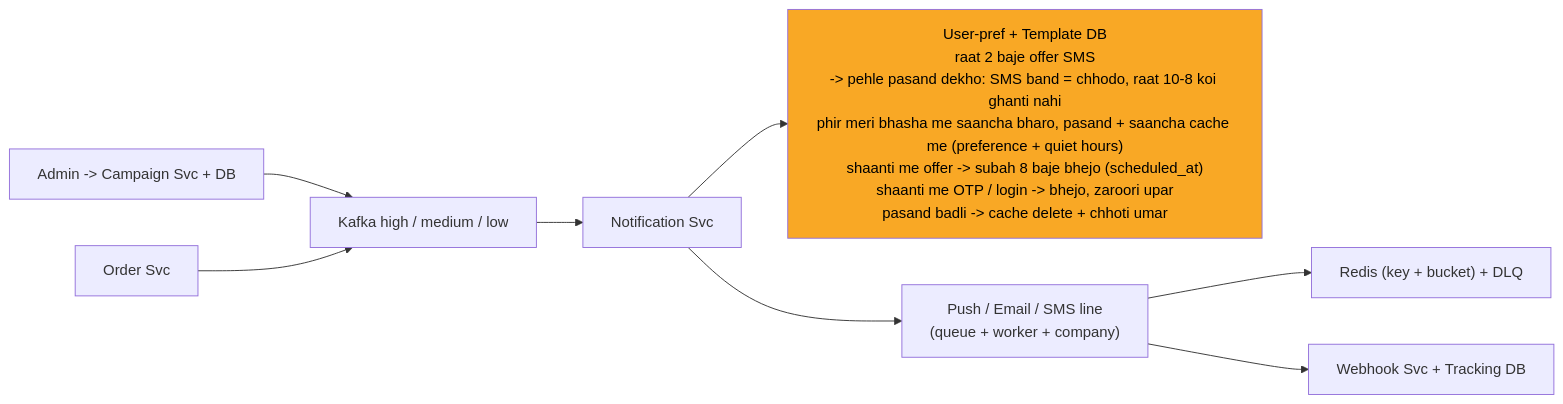
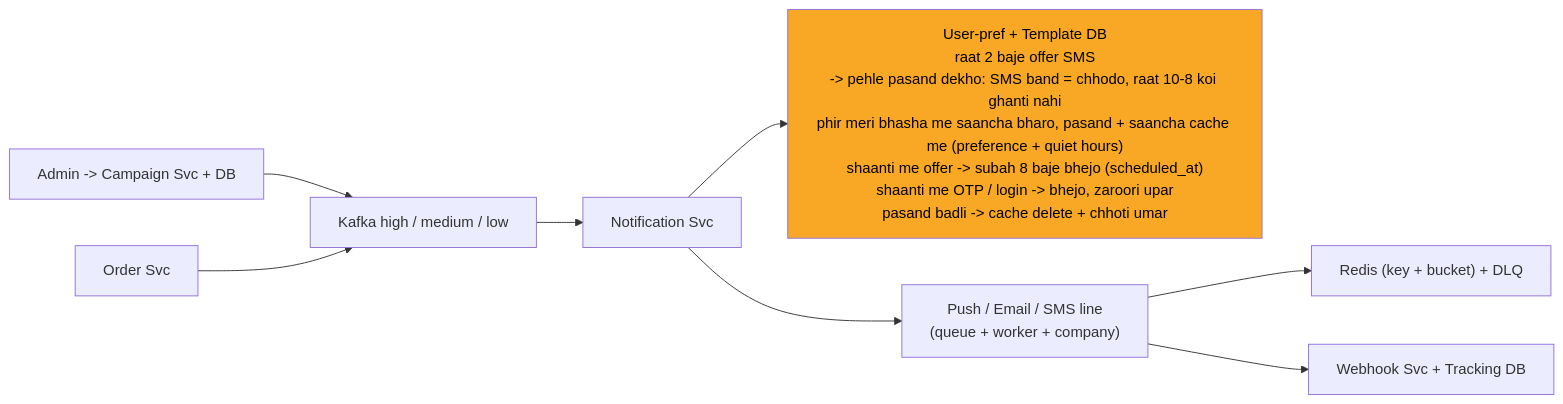
Before and after one commit to ArpanMaheshwari144/Prep: diagram 12 of 13 in 04_HLD/SYSTEM_DESIGNS/04_notification_system/04_notification_system.md, drawn with Mermaid. The commit also changed other lines of this file and 13 other files, not shown here.

Commit message:
hld 14 file: har diagram ke daayein andekha dabba, zoom button asli dabbe pe na aaye

````diff
--- a/04_HLD/SYSTEM_DESIGNS/04_notification_system/04_notification_system.md
+++ b/04_HLD/SYSTEM_DESIGNS/04_notification_system/04_notification_system.md
@@ -486,20 +519,23 @@
 ```mermaid
 %%{init: {"flowchart": {"wrappingWidth": 450}}}%%
 flowchart LR
     n_CAMP["Admin -> Campaign Svc + DB"]
     n_Order_Svc["Order Svc"]
     n_Kafka["Kafka high / medium / low"]
     n_Notification_Svc["Notification Svc"]
     n_PREF["User-pref + Template DB<br/>raat 2 baje offer SMS<br/>-> pehle pasand dekho: SMS band = chhodo, raat 10-8 koi ghanti nahi<br/>phir meri bhasha me saancha bharo, pasand + saancha cache me (preference + quiet hours)<br/>shaanti me offer -> subah 8 baje bhejo (scheduled_at)<br/>shaanti me OTP / login -> bhejo, zaroori upar<br/>pasand badli -> cache delete + chhoti umar"]
     n_LINES["Push / Email / SMS line<br/>(queue + worker + company)"]
     n_RDLQ["Redis (key + bucket) + DLQ"]
     n_WH["Webhook Svc + Tracking DB"]
     n_CAMP --> n_Kafka
     n_Order_Svc --> n_Kafka
     n_Kafka --> n_Notification_Svc
     n_Notification_Svc --> n_PREF
     n_Notification_Svc --> n_LINES
     n_LINES --> n_RDLQ
     n_LINES --> n_WH
+    n_pad["xxxxxxxxxxxxxxxx"]
+    n_PREF ~~~ n_pad
     style n_PREF fill:#f9a825,color:#000
+    style n_pad fill:none,stroke:none,color:#ffffff00
 ```
````
